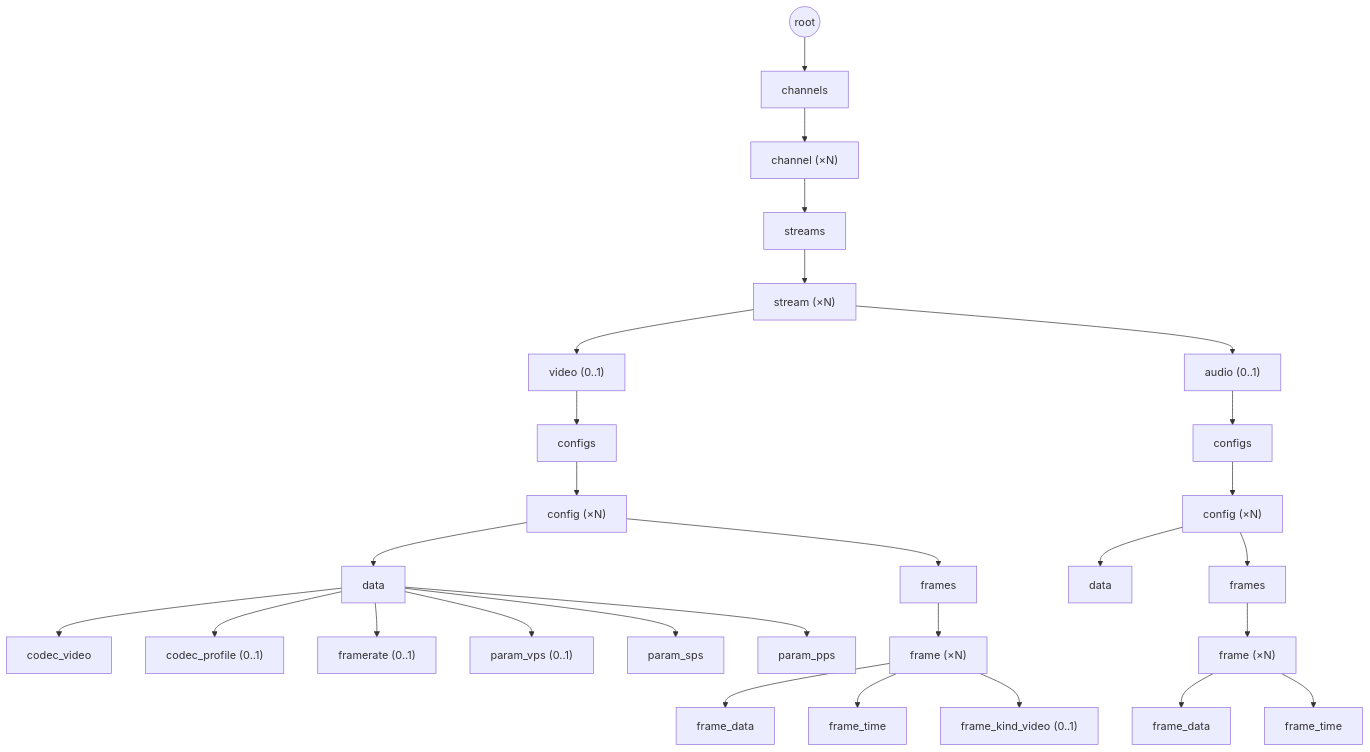
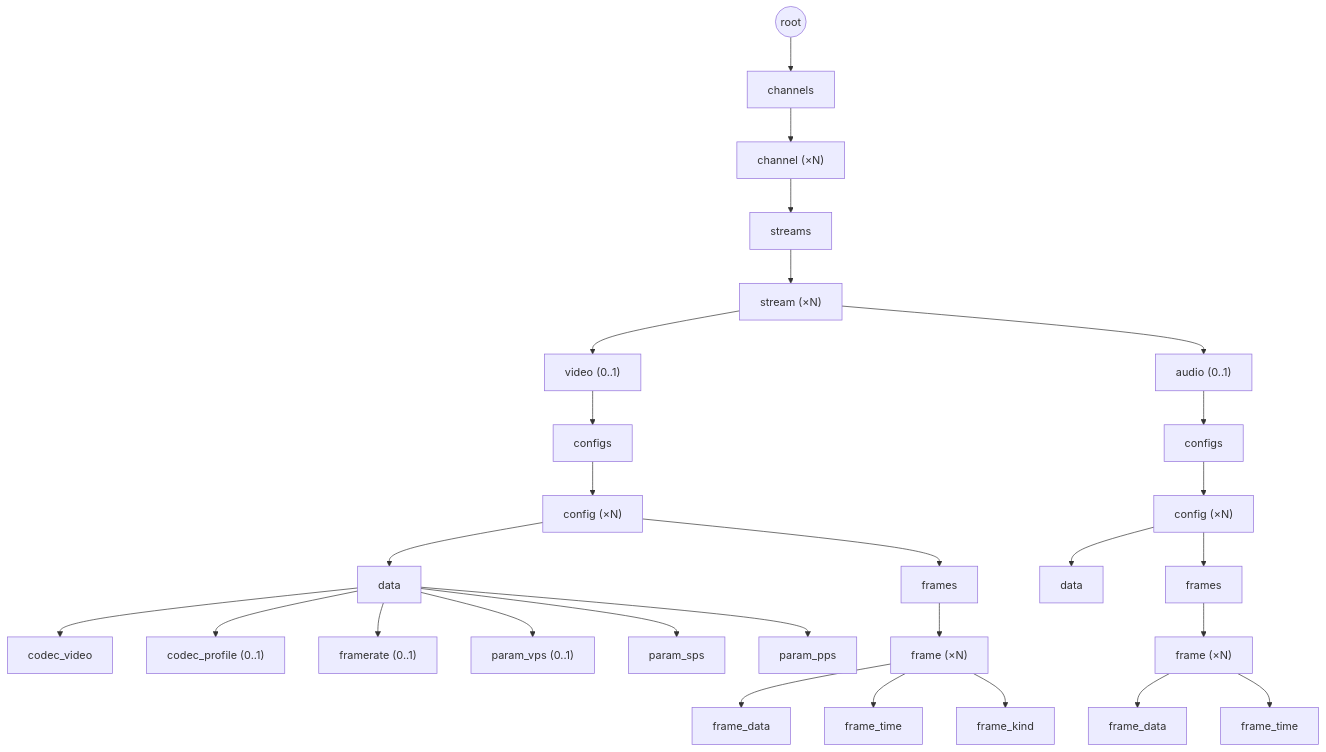
One commit to traycers/farc changed the diagram in docs/docs/archive/07-media-tree.md. Above: the diagram before and after it, drawn with Mermaid. The commit also changed other lines of this file and 3 other files, not shown here.

````diff
--- a/docs/docs/archive/07-media-tree.md
+++ b/docs/docs/archive/07-media-tree.md
@@ -16,58 +16,58 @@
 ```mermaid
 flowchart TD
     root(("root"))
     channels["channels"]
     channel["channel (×N)"]
     streams["streams"]
     stream["stream (×N)"]
     video["video (0..1)"]
     audio["audio (0..1)"]
 
     vconfigs["configs"]
     vcfg["config (×N)"]
     vdata["data"]
     vcodec["codec_video"]
     vprofile["codec_profile (0..1)"]
     vframerate["framerate (0..1)"]
     vvps["param_vps (0..1)"]
     vsps["param_sps"]
     vpps["param_pps"]
     vframes["frames"]
     vframe["frame (×N)"]
     vfdata["frame_data"]
     vftime["frame_time"]
-    vfkind["frame_kind_video (0..1)"]
+    vfkind["frame_kind"]
 
     aconfigs["configs"]
     acfg["config (×N)"]
     adata["data"]
     aframes["frames"]
     aframe["frame (×N)"]
     afdata["frame_data"]
     aftime["frame_time"]
 
     root --> channels --> channel --> streams --> stream
     stream --> video
     stream --> audio
 
     video --> vconfigs --> vcfg
     vcfg --> vdata
     vdata --> vcodec
     vdata --> vprofile
     vdata --> vframerate
     vdata --> vvps
     vdata --> vsps
     vdata --> vpps
     vcfg --> vframes
     vframes --> vframe
     vframe --> vfdata
     vframe --> vftime
     vframe --> vfkind
 
     audio --> aconfigs --> acfg
     acfg --> adata
     acfg --> aframes
     aframes --> aframe
     aframe --> afdata
     aframe --> aftime
 ```
````
